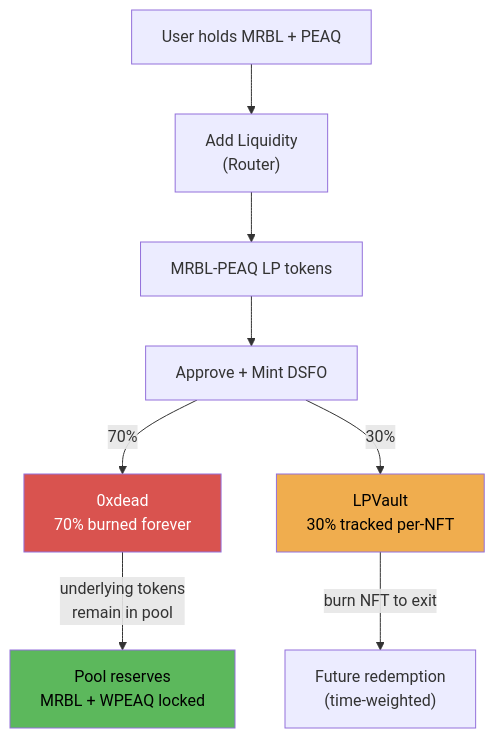
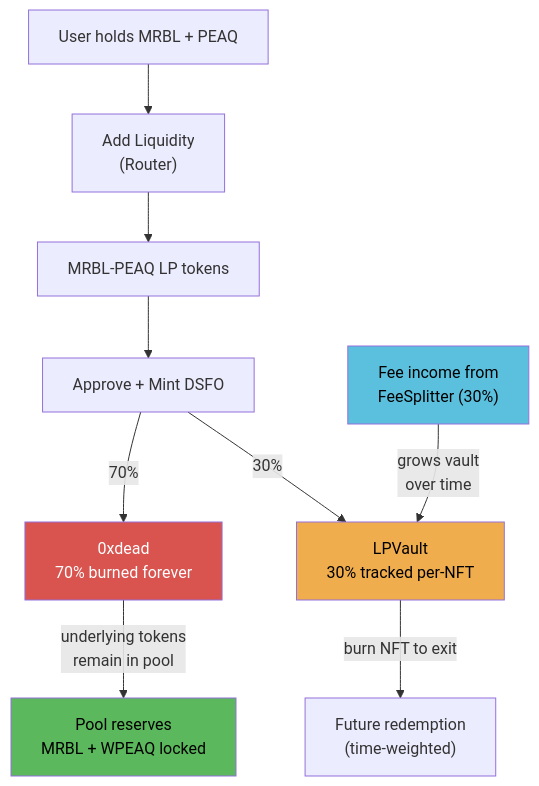
Before and after one commit to DonnyMarbles/DonnySwap: the diagram in docs/tokenomics/lp-mechanics.mdx, drawn with Mermaid. The commit also changed other lines of this file and 12 other files, not shown here.

````diff
--- a/docs/tokenomics/lp-mechanics.mdx
+++ b/docs/tokenomics/lp-mechanics.mdx
@@ -47,23 +91,26 @@
 ```mermaid
 flowchart TD
     User["User holds MRBL + PEAQ"]
     Router["Add Liquidity<br/>(Router)"]
     LP["MRBL-PEAQ LP tokens"]
     Approve["Approve + Mint DSFO"]
     Burn["0xdead<br/>70% burned forever"]
     Vault["LPVault<br/>30% tracked per-NFT"]
     Pool["Pool reserves<br/>MRBL + WPEAQ locked"]
     Redeem["Future redemption<br/>(time-weighted)"]
+    Fees["Fee income from<br/>FeeSplitter (30%)"]
 
     User --> Router
     Router --> LP
     LP --> Approve
     Approve -->|"70%"| Burn
     Approve -->|"30%"| Vault
     Burn -->|"underlying tokens<br/>remain in pool"| Pool
     Vault -->|"burn NFT to exit"| Redeem
+    Fees -->|"grows vault<br/>over time"| Vault
 
     style Burn fill:#d9534f,color:#fff
     style Vault fill:#f0ad4e,color:#000
     style Pool fill:#5cb85c,color:#000
+    style Fees fill:#5bc0de,color:#000
 ```
````
